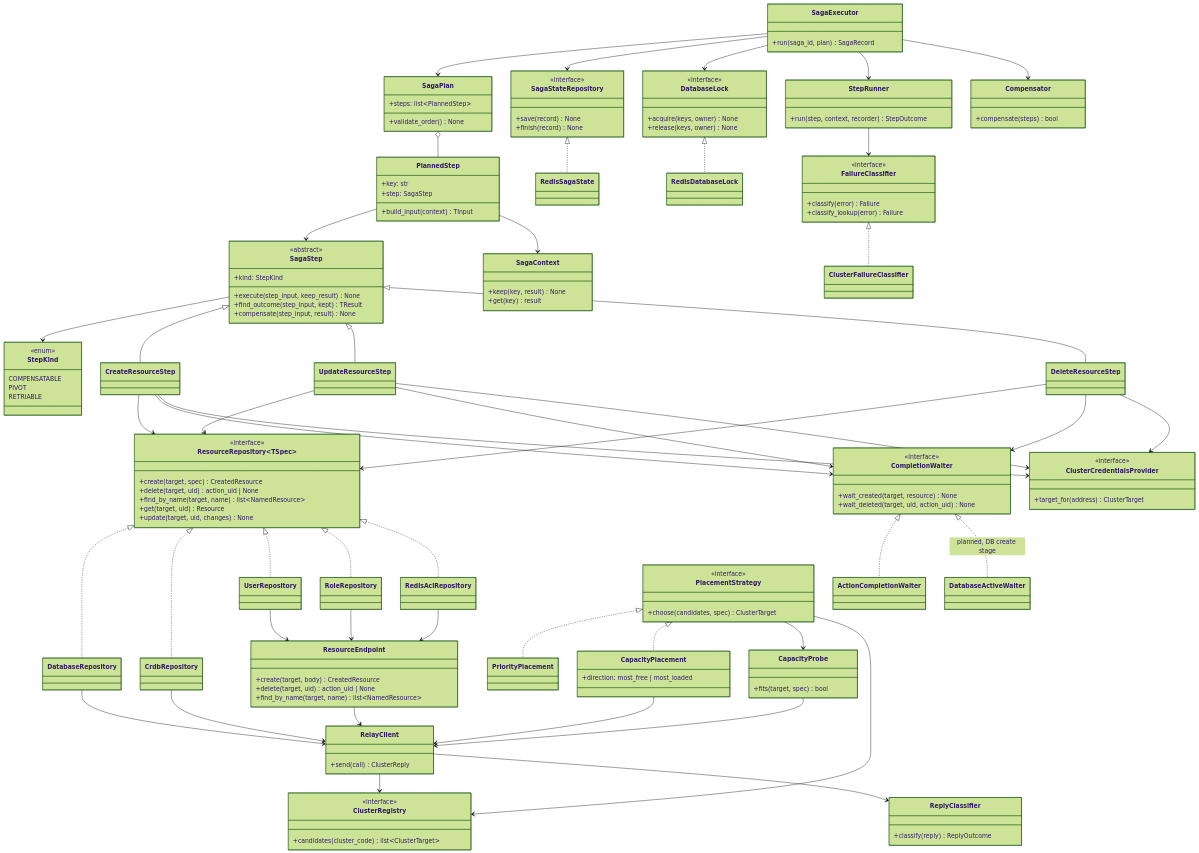
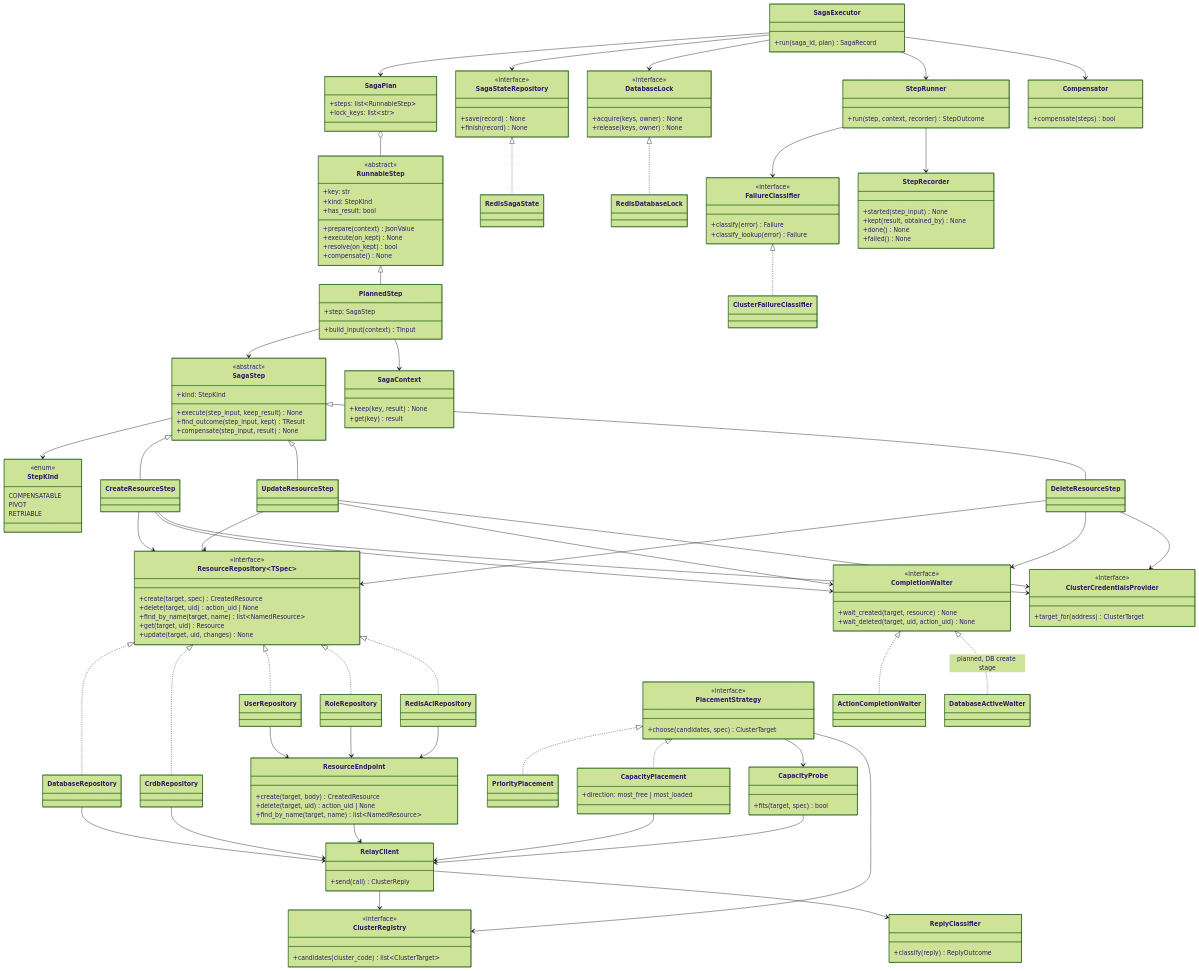
Before and after one commit to EliShteinman/redis-enterprise-services: the second of 2 diagrams in docs/design/saga.md, drawn with Mermaid (forest theme). The commit also changed 1 other file, not shown here.

Commit message:
docs: the class diagram shows RunnableStep, StepRecorder and the real plan; heartbeat marked not built everywhere

```diff
--- a/docs/design/saga.md
+++ b/docs/design/saga.md
@@ -677,13 +677,28 @@
         RETRIABLE
     }
     class SagaPlan {
-        +steps: list~PlannedStep~
-        +validate_order() None
+        +steps: list~RunnableStep~
+        +lock_keys: list~str~
+    }
+    class RunnableStep {
+        <<abstract>>
+        +key: str
+        +kind: StepKind
+        +has_result: bool
+        +prepare(context) JsonValue
+        +execute(on_kept) None
+        +resolve(on_kept) bool
+        +compensate() None
     }
     class PlannedStep {
-        +key: str
         +step: SagaStep
         +build_input(context) TInput
+    }
+    class StepRecorder {
+        +started(step_input) None
+        +kept(result, obtained_by) None
+        +done() None
+        +failed() None
     }
     class SagaContext {
         +keep(key, result) None
@@ -782,7 +797,9 @@
     FailureClassifier <|.. ClusterFailureClassifier
     SagaStateRepository <|.. RedisSagaState
     DatabaseLock <|.. RedisDatabaseLock
-    SagaPlan o-- PlannedStep
+    SagaPlan o-- RunnableStep
+    RunnableStep <|-- PlannedStep
+    StepRunner --> StepRecorder
     PlannedStep --> SagaStep
     PlannedStep --> SagaContext
     SagaStep --> StepKind
```
